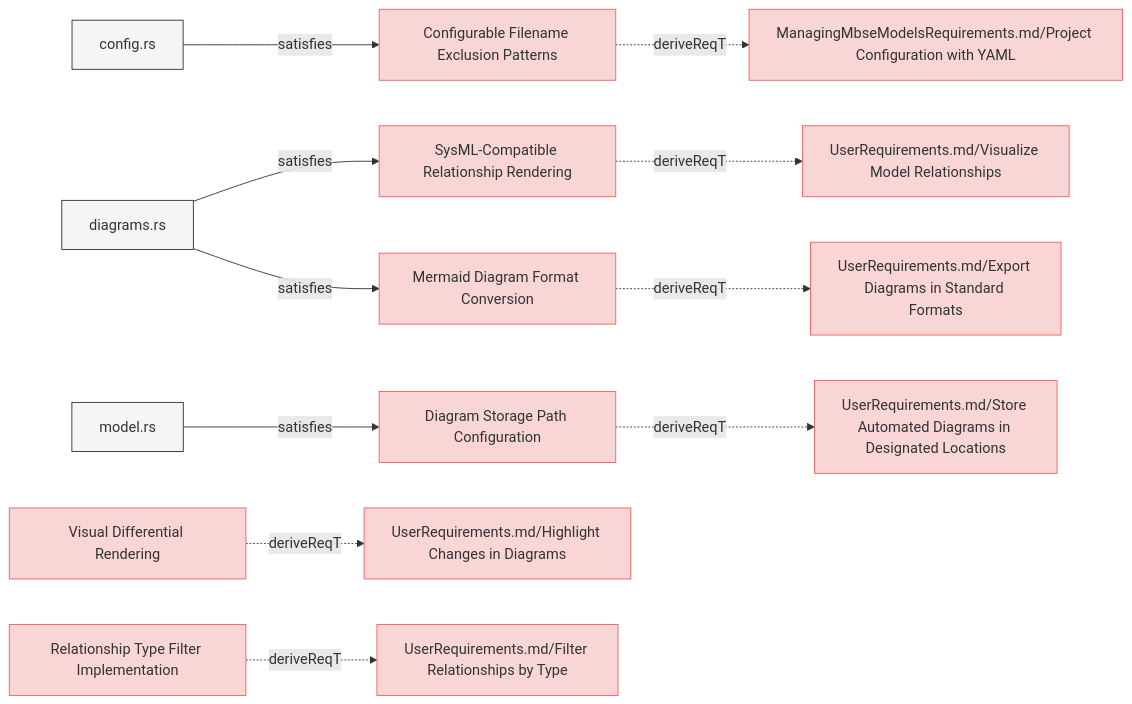
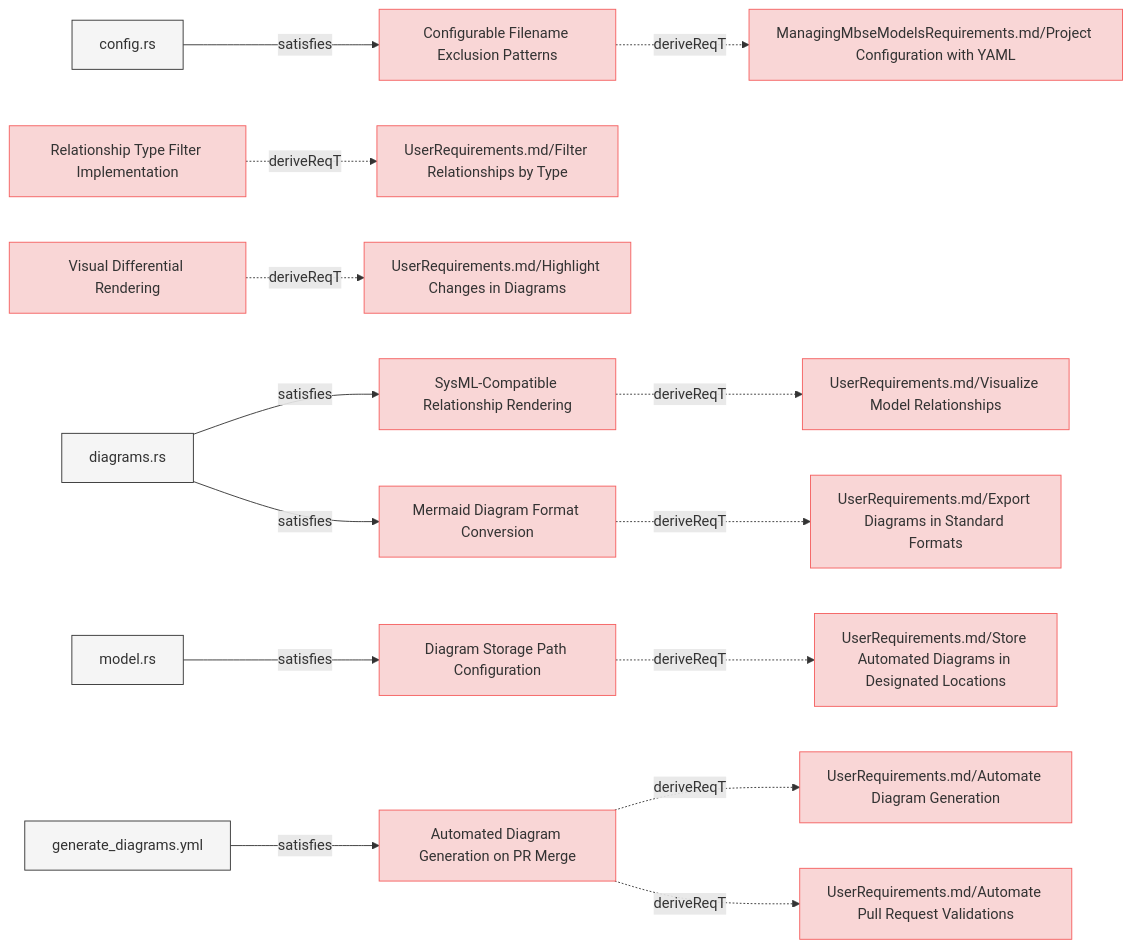
The fifth of 8 diagrams in specifications/SystemRequirements/Requirements.md (reqvire-org/reqvire), drawn with Mermaid before and after one commit. The commit also changed other lines of this file and 56 other files, not shown here.

````diff
--- a/specifications/SystemRequirements/Requirements.md
+++ b/specifications/SystemRequirements/Requirements.md
@@ -507,64 +507,79 @@
 ```mermaid
 graph LR;
   %% Graph styling
   classDef requirement fill:#f9d6d6,stroke:#f55f5f,stroke-width:1px;
   classDef verification fill:#d6f9d6,stroke:#5fd75f,stroke-width:1px;
   classDef externalLink fill:#d0e0ff,stroke:#3080ff,stroke-width:1px;
   classDef default fill:#f5f5f5,stroke:#333333,stroke-width:1px;
 
   cc8128cae305b29d["Configurable Filename Exclusion Patterns"];
-  click cc8128cae305b29d "https://github.com/ilijaljubicic/ReqFlow/blob/a94231473c9a4a56fe21608ebd13787e0cc3f2dc/specifications/SystemRequirements/Requirements.md#configurable-filename-exclusion-patterns";
+  click cc8128cae305b29d "https://github.com/ilijaljubicic/ReqFlow/blob/29a17f176519a28e973567d4102beb95f41075ed/specifications/SystemRequirements/Requirements.md#configurable-filename-exclusion-patterns";
   class cc8128cae305b29d requirement;
   ce24dbacb9646f3b["ManagingMbseModelsRequirements.md/Project Configuration with YAML"];
   class ce24dbacb9646f3b requirement;
-  click ce24dbacb9646f3b "https://github.com/ilijaljubicic/ReqFlow/blob/a94231473c9a4a56fe21608ebd13787e0cc3f2dc/specifications/ManagingMbseModelsRequirements.md#project-configuration-with-yaml";
+  click ce24dbacb9646f3b "https://github.com/ilijaljubicic/ReqFlow/blob/29a17f176519a28e973567d4102beb95f41075ed/specifications/ManagingMbseModelsRequirements.md#project-configuration-with-yaml";
   cc8128cae305b29d -.->|deriveReqT| ce24dbacb9646f3b;
   c87fb8d32afb10bb["config.rs"];
   class c87fb8d32afb10bb default;
-  click c87fb8d32afb10bb "https://github.com/ilijaljubicic/ReqFlow/blob/a94231473c9a4a56fe21608ebd13787e0cc3f2dc/cli/src/config.rs";
+  click c87fb8d32afb10bb "https://github.com/ilijaljubicic/ReqFlow/blob/29a17f176519a28e973567d4102beb95f41075ed/cli/src/config.rs";
   c87fb8d32afb10bb -->|satisfies| cc8128cae305b29d;
+  1414e7f8890f2939["Relationship Type Filter Implementation"];
+  click 1414e7f8890f2939 "https://github.com/ilijaljubicic/ReqFlow/blob/29a17f176519a28e973567d4102beb95f41075ed/specifications/SystemRequirements/Requirements.md#relationship-type-filter-implementation";
+  class 1414e7f8890f2939 requirement;
+  30d97803eba68a13["UserRequirements.md/Filter Relationships by Type"];
+  class 30d97803eba68a13 requirement;
+  click 30d97803eba68a13 "https://github.com/ilijaljubicic/ReqFlow/blob/29a17f176519a28e973567d4102beb95f41075ed/specifications/UserRequirements.md#filter-relationships-by-type";
+  1414e7f8890f2939 -.->|deriveReqT| 30d97803eba68a13;
+  9860815d52cb0fbb["Visual Differential Rendering"];
+  click 9860815d52cb0fbb "https://github.com/ilijaljubicic/ReqFlow/blob/29a17f176519a28e973567d4102beb95f41075ed/specifications/SystemRequirements/Requirements.md#visual-differential-rendering";
+  class 9860815d52cb0fbb requirement;
+  fd7388e379372d7b["UserRequirements.md/Highlight Changes in Diagrams"];
+  class fd7388e379372d7b requirement;
+  click fd7388e379372d7b "https://github.com/ilijaljubicic/ReqFlow/blob/29a17f176519a28e973567d4102beb95f41075ed/specifications/UserRequirements.md#highlight-changes-in-diagrams";
+  9860815d52cb0fbb -.->|deriveReqT| fd7388e379372d7b;
   c826c1ee7c93bf6b["SysML-Compatible Relationship Rendering"];
-  click c826c1ee7c93bf6b "https://github.com/ilijaljubicic/ReqFlow/blob/a94231473c9a4a56fe21608ebd13787e0cc3f2dc/specifications/SystemRequirements/Requirements.md#sysml-compatible-relationship-rendering";
+  click c826c1ee7c93bf6b "https://github.com/ilijaljubicic/ReqFlow/blob/29a17f176519a28e973567d4102beb95f41075ed/specifications/SystemRequirements/Requirements.md#sysml-compatible-relationship-rendering";
   class c826c1ee7c93bf6b requirement;
   a6a836283607bf45["UserRequirements.md/Visualize Model Relationships"];
   class a6a836283607bf45 requirement;
-  click a6a836283607bf45 "https://github.com/ilijaljubicic/ReqFlow/blob/a94231473c9a4a56fe21608ebd13787e0cc3f2dc/specifications/UserRequirements.md#visualize-model-relationships";
+  click a6a836283607bf45 "https://github.com/ilijaljubicic/ReqFlow/blob/29a17f176519a28e973567d4102beb95f41075ed/specifications/UserRequirements.md#visualize-model-relationships";
   c826c1ee7c93bf6b -.->|deriveReqT| a6a836283607bf45;
   d4240e29691d4b88["diagrams.rs"];
   class d4240e29691d4b88 default;
-  click d4240e29691d4b88 "https://github.com/ilijaljubicic/ReqFlow/blob/a94231473c9a4a56fe21608ebd13787e0cc3f2dc/core/src/diagrams.rs";
+  click d4240e29691d4b88 "https://github.com/ilijaljubicic/ReqFlow/blob/29a17f176519a28e973567d4102beb95f41075ed/core/src/diagrams.rs";
   d4240e29691d4b88 -->|satisfies| c826c1ee7c93bf6b;
+  191d27287e362df2["Diagram Storage Path Configuration"];
+  click 191d27287e362df2 "https://github.com/ilijaljubicic/ReqFlow/blob/29a17f176519a28e973567d4102beb95f41075ed/specifications/SystemRequirements/Requirements.md#diagram-storage-path-configuration";
+  class 191d27287e362df2 requirement;
+  aee397f35b867556["UserRequirements.md/Store Automated Diagrams in Designated Locations"];
+  class aee397f35b867556 requirement;
+  click aee397f35b867556 "https://github.com/ilijaljubicic/ReqFlow/blob/29a17f176519a28e973567d4102beb95f41075ed/specifications/UserRequirements.md#store-automated-diagrams-in-designated-locations";
+  191d27287e362df2 -.->|deriveReqT| aee397f35b867556;
+  6136c216c9f80165["model.rs"];
+  class 6136c216c9f80165 default;
+  click 6136c216c9f80165 "https://github.com/ilijaljubicic/ReqFlow/blob/29a17f176519a28e973567d4102beb95f41075ed/core/src/model.rs";
+  6136c216c9f80165 -->|satisfies| 191d27287e362df2;
   a7ec66314a62423b["Mermaid Diagram Format Conversion"];
-  click a7ec66314a62423b "https://github.com/ilijaljubicic/ReqFlow/blob/a94231473c9a4a56fe21608ebd13787e0cc3f2dc/specifications/SystemRequirements/Requirements.md#mermaid-diagram-format-conversion";
+  click a7ec66314a62423b "https://github.com/ilijaljubicic/ReqFlow/blob/29a17f176519a28e973567d4102beb95f41075ed/specifications/SystemRequirements/Requirements.md#mermaid-diagram-format-conversion";
   class a7ec66314a62423b requirement;
   10c00a1bd12fefa5["UserRequirements.md/Export Diagrams in Standard Formats"];
   class 10c00a1bd12fefa5 requirement;
-  click 10c00a1bd12fefa5 "https://github.com/ilijaljubicic/ReqFlow/blob/a94231473c9a4a56fe21608ebd13787e0cc3f2dc/specifications/UserRequirements.md#export-diagrams-in-standard-formats";
+  click 10c00a1bd12fefa5 "https://github.com/ilijaljubicic/ReqFlow/blob/29a17f176519a28e973567d4102beb95f41075ed/specifications/UserRequirements.md#export-diagrams-in-standard-formats";
   a7ec66314a62423b -.->|deriveReqT| 10c00a1bd12fefa5;
   d4240e29691d4b88 -->|satisfies| a7ec66314a62423b;
-  191d27287e362df2["Diagram Storage Path Configuration"];
-  click 191d27287e362df2 "https://github.com/ilijaljubicic/ReqFlow/blob/a94231473c9a4a56fe21608ebd13787e0cc3f2dc/specifications/SystemRequirements/Requirements.md#diagram-storage-path-configuration";
-  class 191d27287e362df2 requirement;
-  aee397f35b867556["UserRequirements.md/Store Automated Diagrams in Designated Locations"];
-  class aee397f35b867556 requirement;
-  click aee397f35b867556 "https://github.com/ilijaljubicic/ReqFlow/blob/a94231473c9a4a56fe21608ebd13787e0cc3f2dc/specifications/UserRequirements.md#store-automated-diagrams-in-designated-locations";
-  191d27287e362df2 -.->|deriveReqT| aee397f35b867556;
-  6136c216c9f80165["model.rs"];
-  class 6136c216c9f80165 default;
-  click 6136c216c9f80165 "https://github.com/ilijaljubicic/ReqFlow/blob/a94231473c9a4a56fe21608ebd13787e0cc3f2dc/core/src/model.rs";
-  6136c216c9f80165 -->|satisfies| 191d27287e362df2;
-  9860815d52cb0fbb["Visual Differential Rendering"];
-  click 9860815d52cb0fbb "https://github.com/ilijaljubicic/ReqFlow/blob/a94231473c9a4a56fe21608ebd13787e0cc3f2dc/specifications/SystemRequirements/Requirements.md#visual-differential-rendering";
-  class 9860815d52cb0fbb requirement;
-  fd7388e379372d7b["UserRequirements.md/Highlight Changes in Diagrams"];
-  class fd7388e379372d7b requirement;
-  click fd7388e379372d7b "https://github.com/ilijaljubicic/ReqFlow/blob/a94231473c9a4a56fe21608ebd13787e0cc3f2dc/specifications/UserRequirements.md#highlight-changes-in-diagrams";
-  9860815d52cb0fbb -.->|deriveReqT| fd7388e379372d7b;
-  1414e7f8890f2939["Relationship Type Filter Implementation"];
-  click 1414e7f8890f2939 "https://github.com/ilijaljubicic/ReqFlow/blob/a94231473c9a4a56fe21608ebd13787e0cc3f2dc/specifications/SystemRequirements/Requirements.md#relationship-type-filter-implementation";
-  class 1414e7f8890f2939 requirement;
-  30d97803eba68a13["UserRequirements.md/Filter Relationships by Type"];
-  class 30d97803eba68a13 requirement;
-  click 30d97803eba68a13 "https://github.com/ilijaljubicic/ReqFlow/blob/a94231473c9a4a56fe21608ebd13787e0cc3f2dc/specifications/UserRequirements.md#filter-relationships-by-type";
-  1414e7f8890f2939 -.->|deriveReqT| 30d97803eba68a13;
+  f2a7d0df128bcf98["Automated Diagram Generation on PR Merge"];
+  click f2a7d0df128bcf98 "https://github.com/ilijaljubicic/ReqFlow/blob/29a17f176519a28e973567d4102beb95f41075ed/specifications/SystemRequirements/Requirements.md#automated-diagram-generation-on-pr-merge";
+  class f2a7d0df128bcf98 requirement;
+  81f9235dedaea6a9["UserRequirements.md/Automate Diagram Generation"];
+  class 81f9235dedaea6a9 requirement;
+  click 81f9235dedaea6a9 "https://github.com/ilijaljubicic/ReqFlow/blob/29a17f176519a28e973567d4102beb95f41075ed/specifications/UserRequirements.md#automate-diagram-generation";
+  f2a7d0df128bcf98 -.->|deriveReqT| 81f9235dedaea6a9;
+  68454e6166703319["UserRequirements.md/Automate Pull Request Validations"];
+  class 68454e6166703319 requirement;
+  click 68454e6166703319 "https://github.com/ilijaljubicic/ReqFlow/blob/29a17f176519a28e973567d4102beb95f41075ed/specifications/UserRequirements.md#automate-pull-request-validations";
+  f2a7d0df128bcf98 -.->|deriveReqT| 68454e6166703319;
+  d062860f47933799["generate_diagrams.yml"];
+  class d062860f47933799 default;
+  click d062860f47933799 "https://github.com/ilijaljubicic/ReqFlow/blob/29a17f176519a28e973567d4102beb95f41075ed/.github/workflows/generate_diagrams.yml";
+  d062860f47933799 -->|satisfies| f2a7d0df128bcf98;
 ```
````
